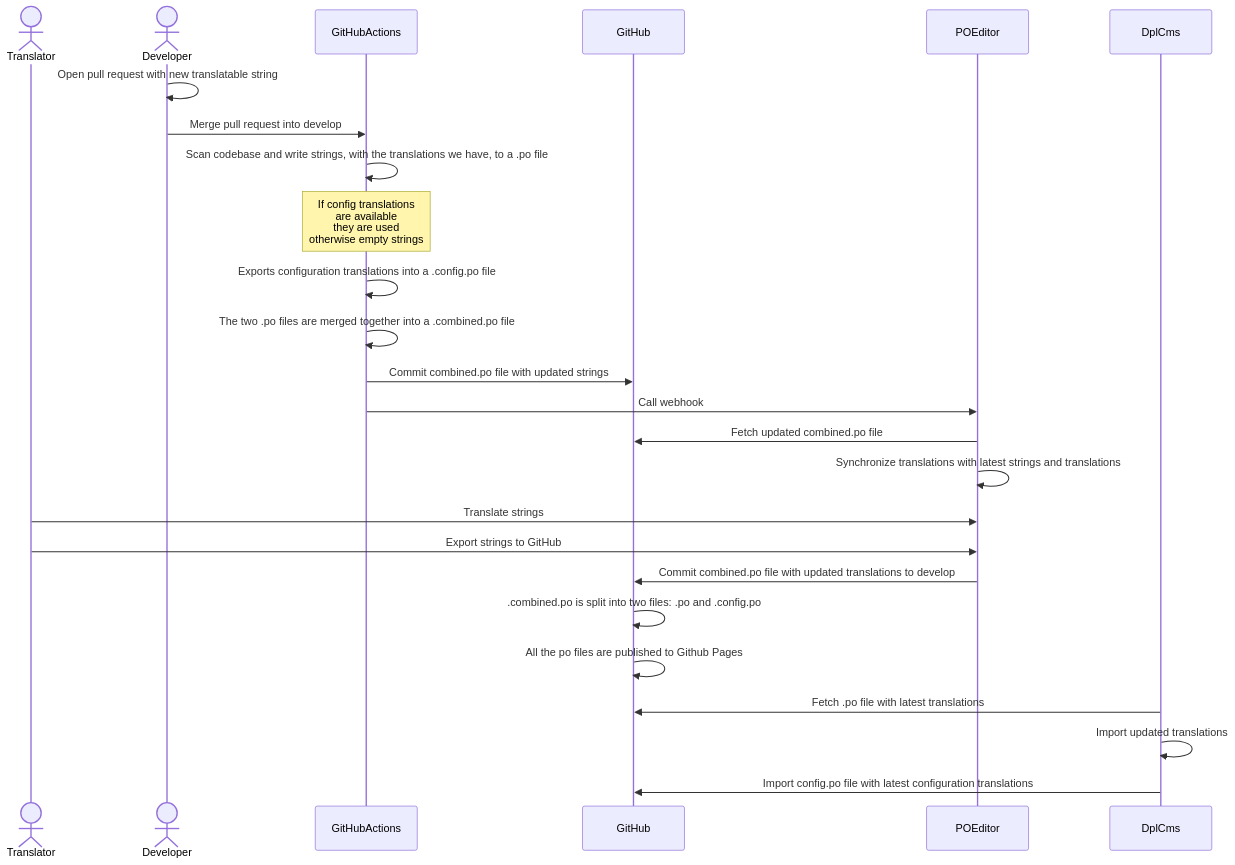
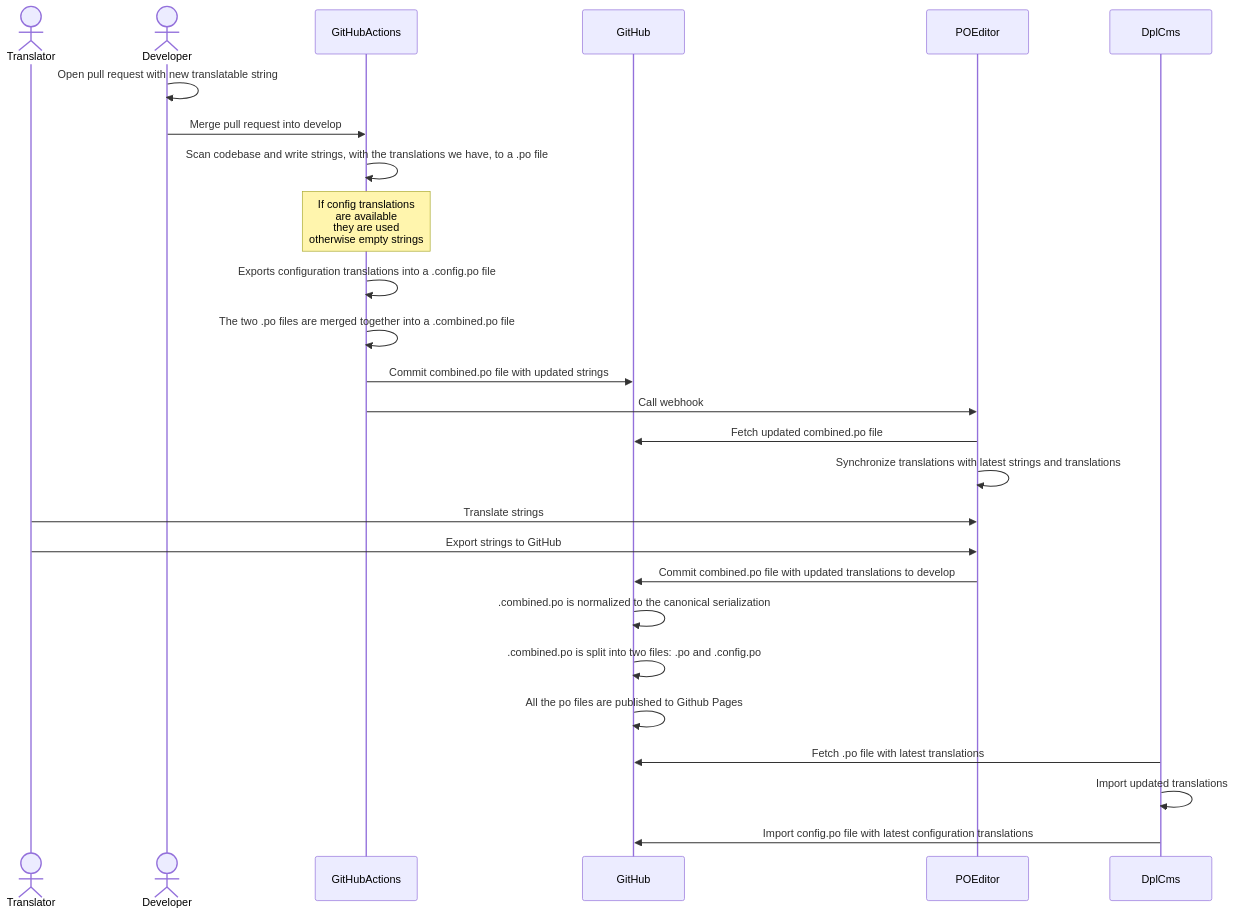
One commit to danskernesdigitalebibliotek/dpl-web changed the diagram in docs/cms/translation.md. Above: the diagram before and after it, drawn with Mermaid. The commit also changed other lines of this file and 2 other files, not shown here.

````diff
--- a/docs/cms/translation.md
+++ b/docs/cms/translation.md
@@ -51,27 +57,28 @@
 ```mermaid
 sequenceDiagram
   Actor Translator
   Actor Developer
   Developer ->> Developer: Open pull request with new translatable string
   Developer ->> GitHubActions: Merge pull request into develop
 %% <!-- markdownlint-disable-next-line MD013 -->
   GitHubActions ->> GitHubActions: Scan codebase and write strings, with the translations we have, to a .po file
 %% <!-- markdownlint-disable-next-line MD013 -->
   Note over GitHubActions,GitHubActions: If config translations<br/>are available<br/>they are used<br/>otherwise empty strings
 %% <!-- markdownlint-disable-next-line MD013 -->
   GitHubActions ->> GitHubActions: Exports configuration translations into a .config.po file
 %% <!-- markdownlint-disable-next-line MD013 -->
   GitHubActions ->> GitHubActions: The two .po files are merged together into a .combined.po file
   GitHubActions ->> GitHub: Commit combined.po file with updated strings
   GitHubActions ->> POEditor: Call webhook
   POEditor ->> GitHub: Fetch updated combined.po file
   POEditor ->> POEditor: Synchronize translations with latest strings and translations
   Translator ->> POEditor: Translate strings
   Translator ->> POEditor: Export strings to GitHub
   POEditor ->> GitHub: Commit combined.po file with updated translations to develop
+  GitHub ->> GitHub: .combined.po is normalized to the canonical serialization
   GitHub ->> GitHub: .combined.po is split into two files: .po and .config.po
   GitHub ->> GitHub: All the po files are published to Github Pages
   DplCms ->> GitHub: Fetch .po file with latest translations
   DplCms ->> DplCms: Import updated translations
   DplCms ->> GitHub: Import config.po file with latest configuration translations
 ```
````
